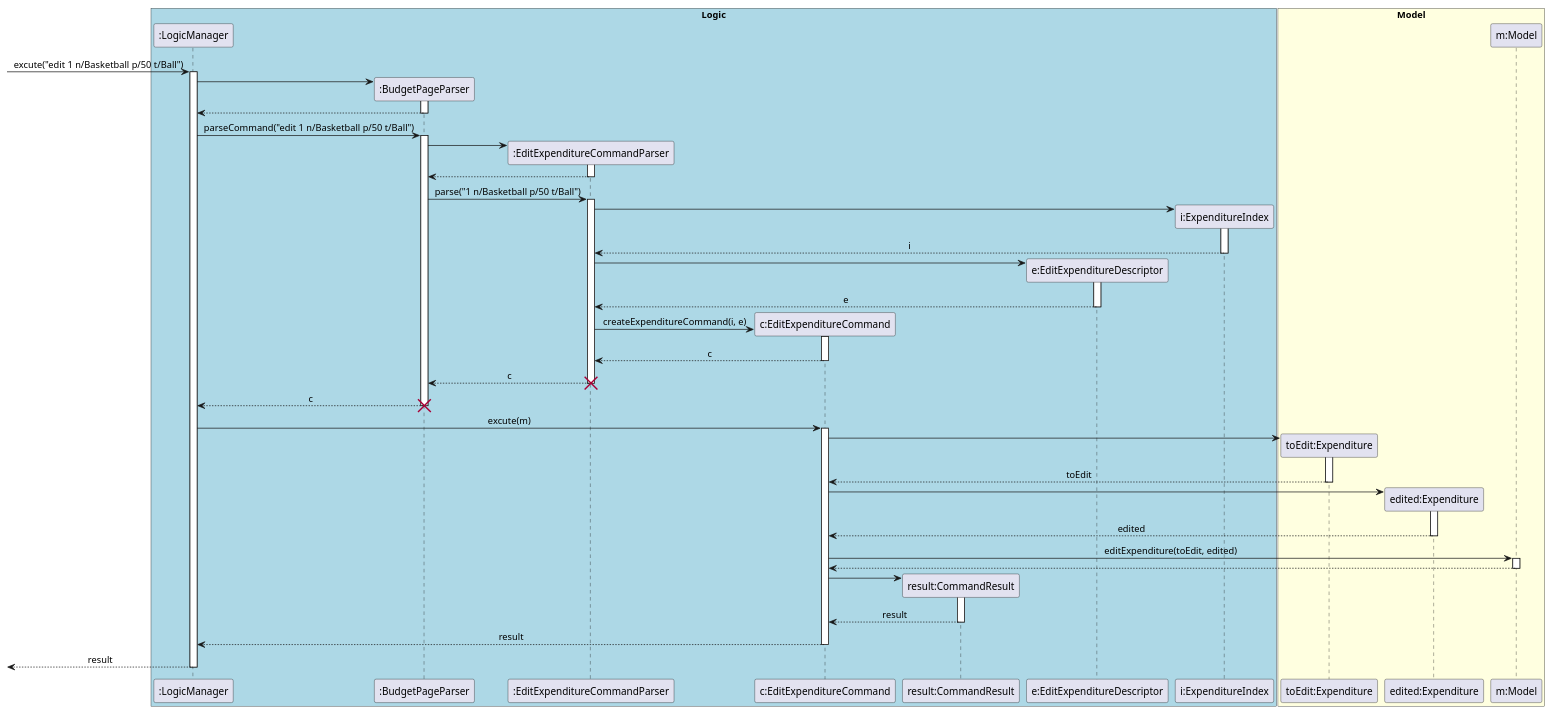
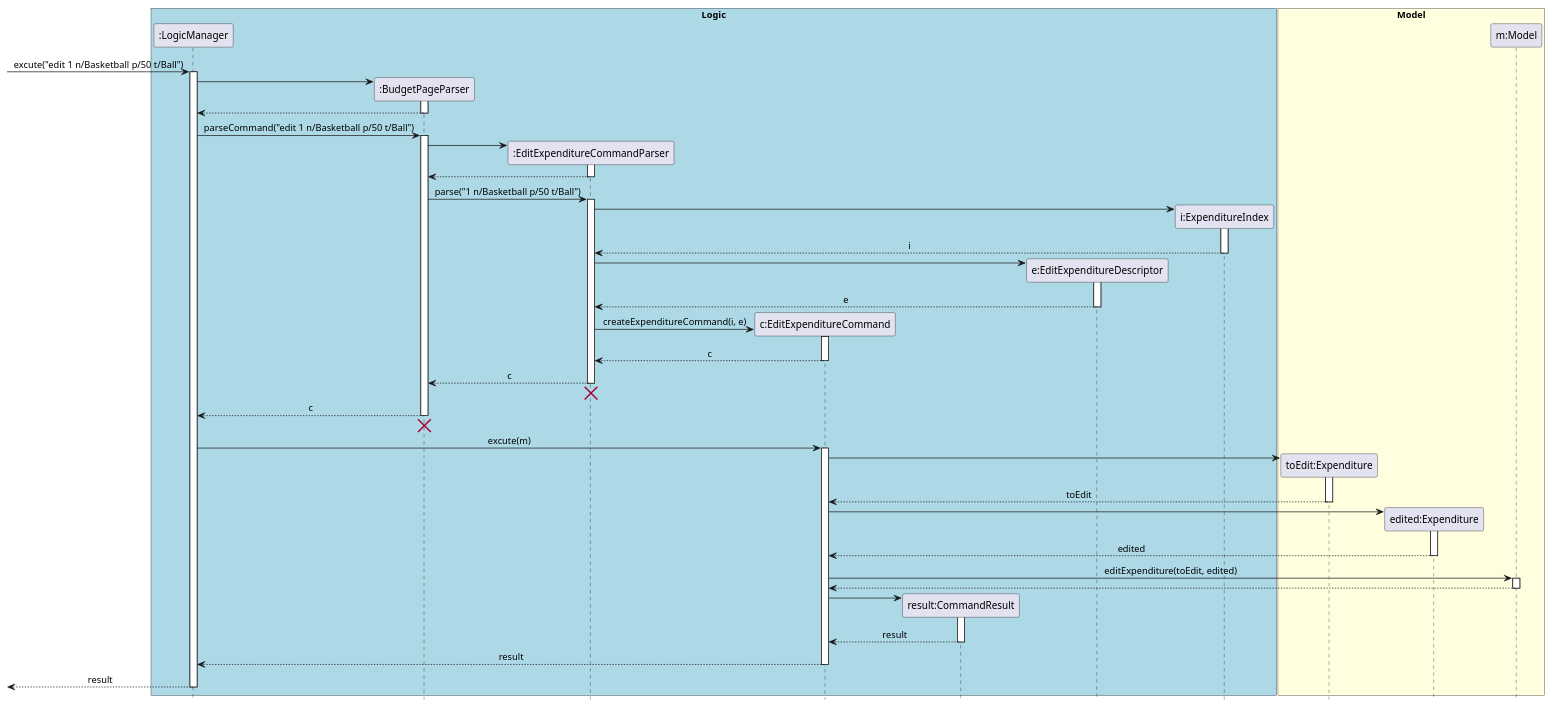
One commit to yu-ming-chen/tp changed the diagram in docs/diagrams/commandsPlantUML/EditExpenditureCommand.puml. Above: the diagram before and after it, drawn with PlantUML. The commit also changed 10 other files, not shown here.

```diff
--- a/docs/diagrams/commandsPlantUML/EditExpenditureCommand.puml
+++ b/docs/diagrams/commandsPlantUML/EditExpenditureCommand.puml
@@ -1,94 +1,98 @@
 @startuml
 skinparam Sequence {
     MessageAlign center
 }
+hide footbox
 box "Logic" #LightBlue
 participant ":LogicManager" as LM
 participant ":BudgetPageParser" as BPP
 participant ":EditExpenditureCommandParser" as EECP
 participant "c:EditExpenditureCommand" as EEC
 participant "result:CommandResult" as CR
 participant "e:EditExpenditureDescriptor" as EED
 participant "i:ExpenditureIndex" as EI
 end box
 
 box "Model" #LightYellow
 participant "toEdit:Expenditure" as toEditExpenditure
 participant "edited:Expenditure" as editedExpenditure
 participant "m:Model" as M
 end box
 
 [-> LM : excute("edit 1 n/Basketball p/50 t/Ball")
 activate LM
 create BPP
 LM -> BPP
 activate BPP
 LM <-- BPP
 deactivate BPP
 LM -> BPP : parseCommand("edit 1 n/Basketball p/50 t/Ball")
 activate BPP
 
 create EECP
 BPP -> EECP
 activate EECP
 BPP <-- EECP
 deactivate EECP
 BPP -> EECP : parse("1 n/Basketball p/50 t/Ball")
 activate EECP
 
 create EI
 EECP -> EI
 activate EI
 EECP <-- EI : i
 deactivate EI
 
 create EED
 EECP -> EED
 activate EED
 EECP <-- EED : e
 deactivate EED
 
 create EEC
 EECP -> EEC : createExpenditureCommand(i, e)
 activate EEC
 EECP <-- EEC : c
 deactivate EEC
 BPP <-- EECP : c
+deactivate EECP
+BPP <-[hidden]- EECP
 destroy EECP
 
 deactivate EECP
 LM <-- BPP : c
 deactivate BPP
+BPP <-[hidden]- LM
 destroy BPP
 
 LM -> EEC: excute(m)
 activate EEC
 create toEditExpenditure
 EEC -> toEditExpenditure
 activate toEditExpenditure
 EEC <-- toEditExpenditure : toEdit
 deactivate toEditExpenditure
 
 create editedExpenditure
 EEC -> editedExpenditure
 activate editedExpenditure
 EEC <-- editedExpenditure : edited
 deactivate editedExpenditure
 
 EEC -> M : editExpenditure(toEdit, edited)
 activate M
 EEC <-- M
 deactivate M
 
 create CR
 EEC -> CR
 activate CR
 EEC <-- CR : result
 deactivate CR
 
 LM <-- EEC : result
 deactivate EEC
 [<-- LM : result
 deactivate LM
 
 @enduml
```
